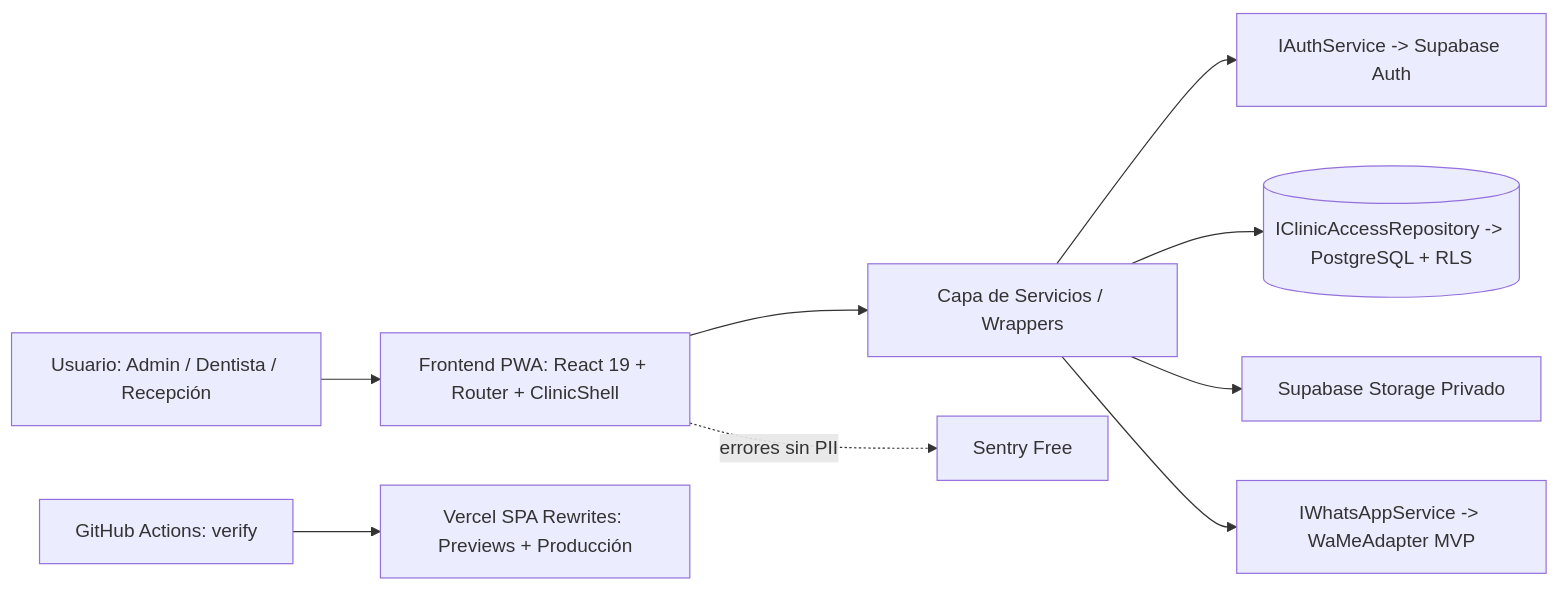
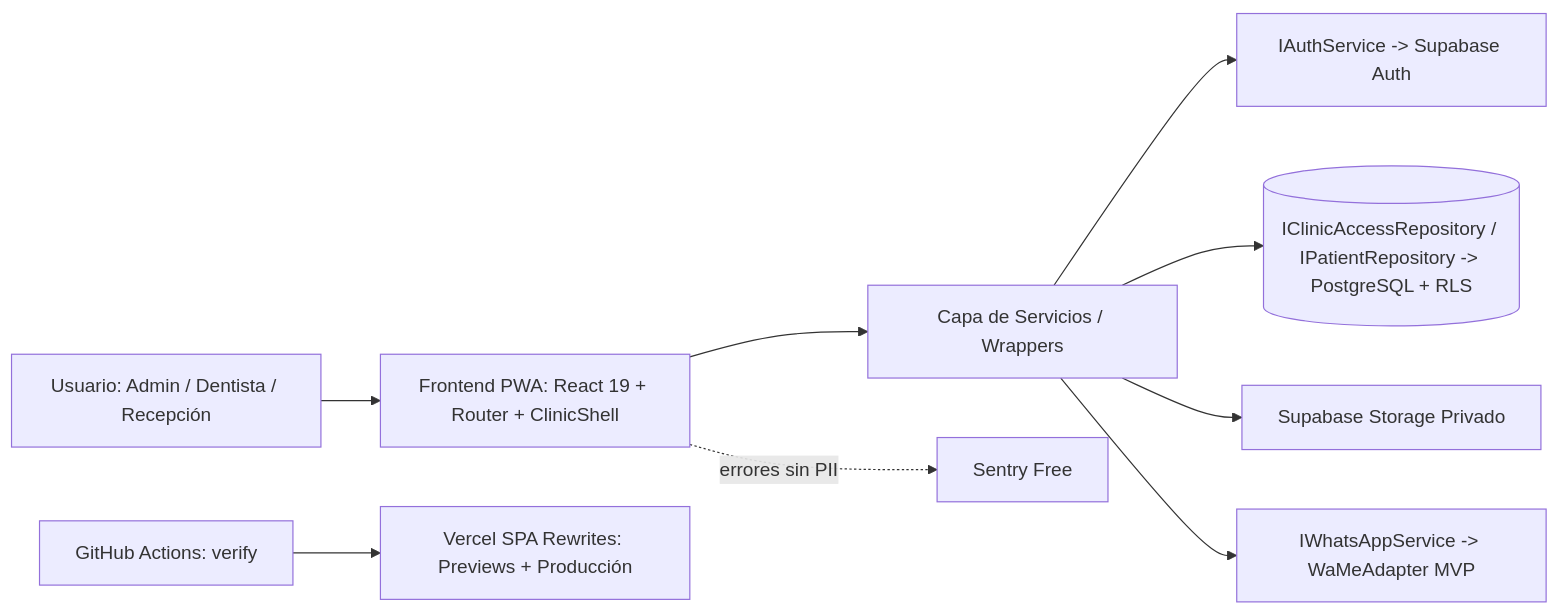
The diagram in docs/ARQUITECTURA.md (augustoalr/dentalcare), drawn with Mermaid before and after one commit. The commit also changed other lines of this file and 21 other files, not shown here.

````diff
--- a/docs/ARQUITECTURA.md
+++ b/docs/ARQUITECTURA.md
@@ -7,11 +7,11 @@
 ```mermaid
 flowchart LR
     U[Usuario: Admin / Dentista / Recepción] --> W[Frontend PWA: React 19 + Router + ClinicShell]
     W --> WRAP[Capa de Servicios / Wrappers]
     WRAP --> AUTH[IAuthService -> Supabase Auth]
-    WRAP --> DB[(IClinicAccessRepository -> PostgreSQL + RLS)]
+    WRAP --> DB[(IClinicAccessRepository / IPatientRepository -> PostgreSQL + RLS)]
     WRAP --> ST[Supabase Storage Privado]
     WRAP --> WA[IWhatsAppService -> WaMeAdapter MVP]
     W -. errores sin PII .-> SEN[Sentry Free]
     GH[GitHub Actions: verify] --> V[Vercel SPA Rewrites: Previews + Producción]
 ```
````
